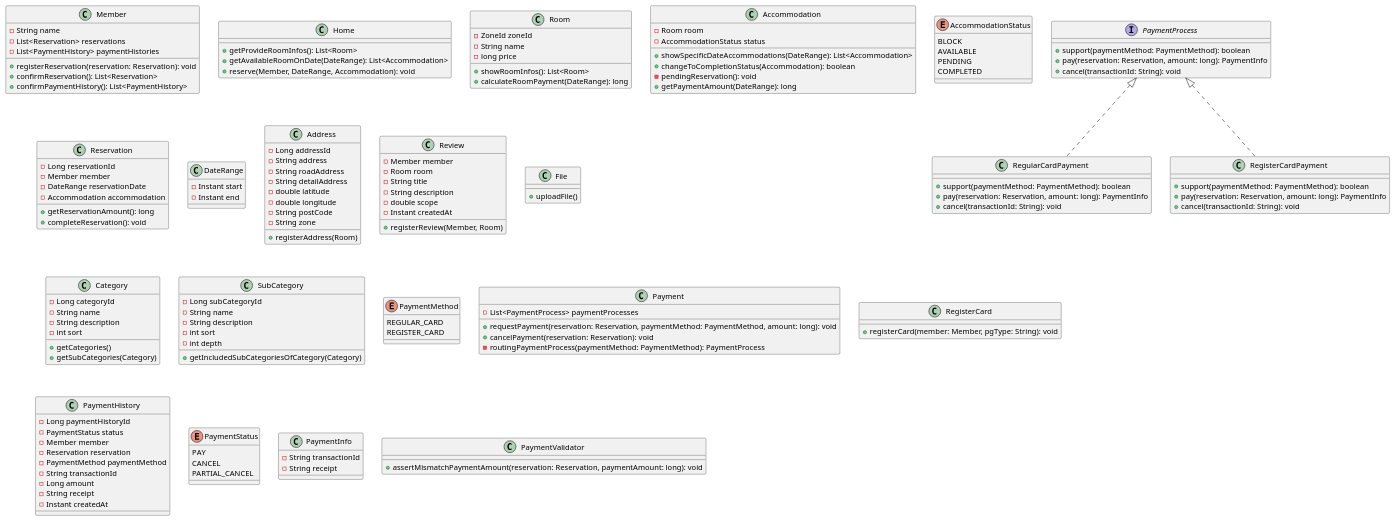
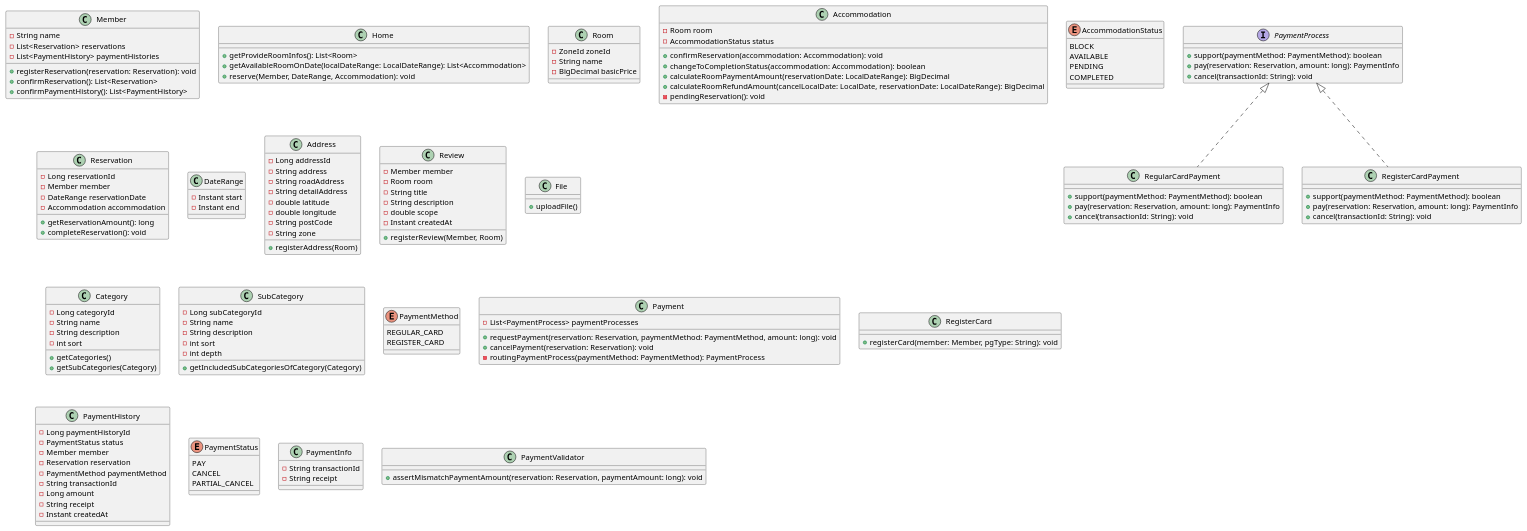
Before and after one commit to f-lab-edu/room-reservation-service: the diagram in class-diagram.puml, drawn with PlantUML. The commit also changed 8 other files, not shown here.

Commit message:
fix: Room Accommodation 클래스 및 클래스 다이어그램 수정

```diff
--- a/class-diagram.puml
+++ b/class-diagram.puml
@@ -1,160 +1,159 @@
 @startuml
 class Member {
   -String name
   -List<Reservation> reservations
   -List<PaymentHistory> paymentHistories
   +registerReservation(reservation: Reservation): void
   +confirmReservation(): List<Reservation>
   +confirmPaymentHistory(): List<PaymentHistory>
 }
 
 class Home {
   +getProvideRoomInfos(): List<Room>
-  +getAvailableRoomOnDate(DateRange): List<Accommodation>
+  +getAvailableRoomOnDate(localDateRange: LocalDateRange): List<Accommodation>
   +reserve(Member, DateRange, Accommodation): void
 }
 
 class Room {
   -ZoneId zoneId
   -String name
-  -long price
-  +showRoomInfos(): List<Room>
-  +calculateRoomPayment(DateRange): long
+  -BigDecimal basicPrice
 }
 
 class Accommodation {
   -Room room
   -AccommodationStatus status
-  +showSpecificDateAccommodations(DateRange): List<Accommodation>
-  +changeToCompletionStatus(Accommodation): boolean
+  +confirmReservation(accommodation: Accommodation): void
+  +changeToCompletionStatus(accommodation: Accommodation): boolean
+  +calculateRoomPaymentAmount(reservationDate: LocalDateRange): BigDecimal
+  +calculateRoomRefundAmount(cancelLocalDate: LocalDate, reservationDate: LocalDateRange): BigDecimal
   -pendingReservation(): void
-  +getPaymentAmount(DateRange): long
 }
 
 enum AccommodationStatus {
   BLOCK
   AVAILABLE
   PENDING
   COMPLETED
 }
 
 class Reservation {
   -Long reservationId
   -Member member
   -DateRange reservationDate
   -Accommodation accommodation
   +getReservationAmount(): long
   +completeReservation(): void
 }
 
 class DateRange {
   -Instant start
   -Instant end
 }
 
 class Address {
   -Long addressId
   -String address
   -String roadAddress
   -String detailAddress
   -double latitude
   -double longitude
   -String postCode
   -String zone
   +registerAddress(Room)
 }
 
 class Review {
   -Member member
   -Room room
   -String title
   -String description
   -double scope
   -Instant createdAt
   +registerReview(Member, Room)
 }
 
 class File {
   +uploadFile()
 }
 
 class Category {
   -Long categoryId
   -String name
   -String description
   -int sort
   +getCategories()
   +getSubCategories(Category)
 }
 
 class SubCategory {
   -Long subCategoryId
   -String name
   -String description
   -int sort
   -int depth
   +getIncludedSubCategoriesOfCategory(Category)
 }
 
 enum PaymentMethod {
   REGULAR_CARD
   REGISTER_CARD
 }
 
 class Payment {
  -List<PaymentProcess> paymentProcesses
  +requestPayment(reservation: Reservation, paymentMethod: PaymentMethod, amount: long): void
  +cancelPayment(reservation: Reservation): void
  -routingPaymentProcess(paymentMethod: PaymentMethod): PaymentProcess
 }
 
 class RegisterCard {
  +registerCard(member: Member, pgType: String): void
 }
 
 interface PaymentProcess {
  +support(paymentMethod: PaymentMethod): boolean
  +pay(reservation: Reservation, amount: long): PaymentInfo
  +cancel(transactionId: String): void
 }
 
 class RegularCardPayment implements PaymentProcess {
  +support(paymentMethod: PaymentMethod): boolean
  +pay(reservation: Reservation, amount: long): PaymentInfo
  +cancel(transactionId: String): void
 }
 
 class RegisterCardPayment implements PaymentProcess  {
  +support(paymentMethod: PaymentMethod): boolean
  +pay(reservation: Reservation, amount: long): PaymentInfo
  +cancel(transactionId: String): void
 }
 
 class PaymentHistory {
  -Long paymentHistoryId
  -PaymentStatus status
  -Member member
  -Reservation reservation
  -PaymentMethod paymentMethod
  -String transactionId
  -Long amount
  -String receipt
  -Instant createdAt
 }
 
 enum PaymentStatus {
  PAY
  CANCEL
  PARTIAL_CANCEL
 }
 
 class PaymentInfo {
  -String transactionId
  -String receipt
 }
 
 class PaymentValidator {
  +assertMismatchPaymentAmount(reservation: Reservation, paymentAmount: long): void
 }
 
 @enduml
```
